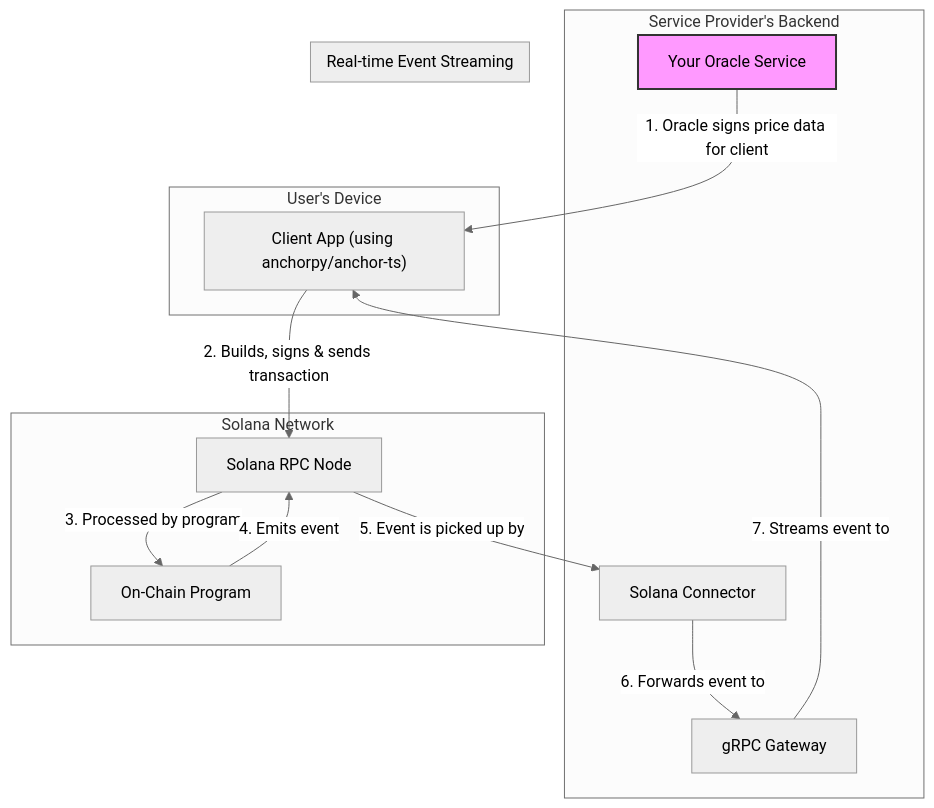
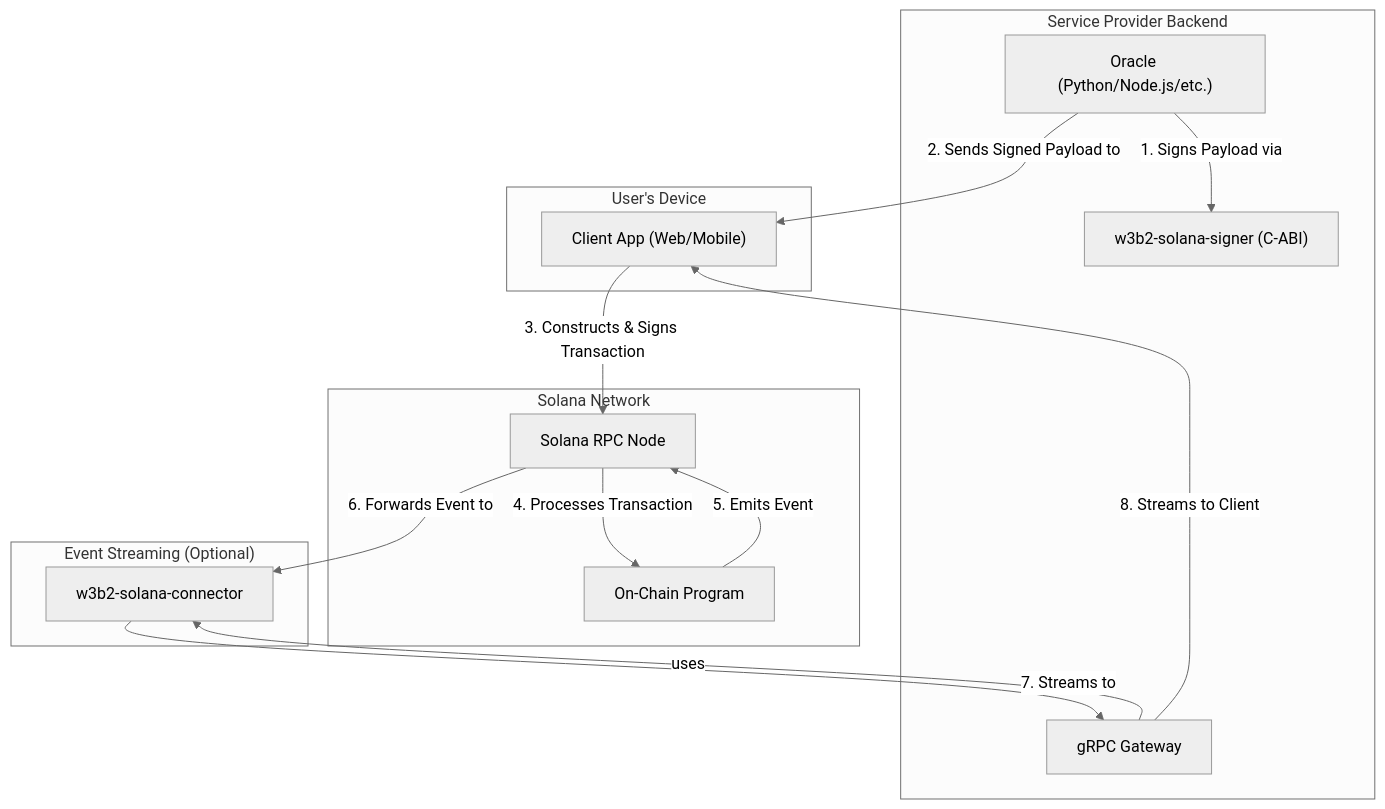
Before and after one commit to m62624/w3b2-solana: the diagram in docs/architecture/architecture-diagram.md, drawn with Mermaid (neutral theme). The commit also changed other lines of this file and 15 other files, not shown here.

````diff
--- a/docs/architecture/architecture-diagram.md
+++ b/docs/architecture/architecture-diagram.md
@@ -7,31 +7,32 @@
 ```mermaid
 graph TD
-    subgraph "User's Device"
-        A["Client App (using anchorpy/anchor-ts)"]
+    subgraph "Service Provider Backend"
+        Oracle["Oracle (Python/Node.js/etc.)"]
+        Signer["w3b2-solana-signer (C-ABI)"]
+        Gateway["gRPC Gateway"]
+
+        Oracle -- "1. Signs Payload via" --> Signer
     end
 
-    subgraph "Service Provider's Backend"
-        B[gRPC Gateway]
-        C[Solana Connector]
-        D[Your Oracle Service]
+    subgraph "User's Device"
+        Client["Client App (Web/Mobile)"]
     end
 
     subgraph "Solana Network"
-        E[On-Chain Program]
-        F[Solana RPC Node]
+        RPC["Solana RPC Node"]
+        Program["On-Chain Program"]
     end
 
-    D -- "1. Oracle signs price data for client" --> A
-
-    A -- "2. Builds, signs & sends transaction" --> F
-    F -- "3. Processed by program" --> E
-    E -- "4. Emits event" --> F
-
-    subgraph "Real-time Event Streaming"
-      F -- "5. Event is picked up by" --> C
-      C -- "6. Forwards event to" --> B
-      B -- "7. Streams event to" --> A
+    subgraph "Event Streaming (Optional)"
+        Connector["w3b2-solana-connector"]
+        Gateway -- "uses" --> Connector
     end
 
-    style D fill:#f9f,stroke:#333,stroke-width:2px
+    Oracle -- "2. Sends Signed Payload to" --> Client
+    Client -- "3. Constructs & Signs Transaction" --> RPC
+    RPC -- "4. Processes Transaction" --> Program
+    Program -- "5. Emits Event" --> RPC
+    RPC -- "6. Forwards Event to" --> Connector
+    Connector -- "7. Streams to" --> Gateway
+    Gateway -- "8. Streams to Client" --> Client
 ```
````
